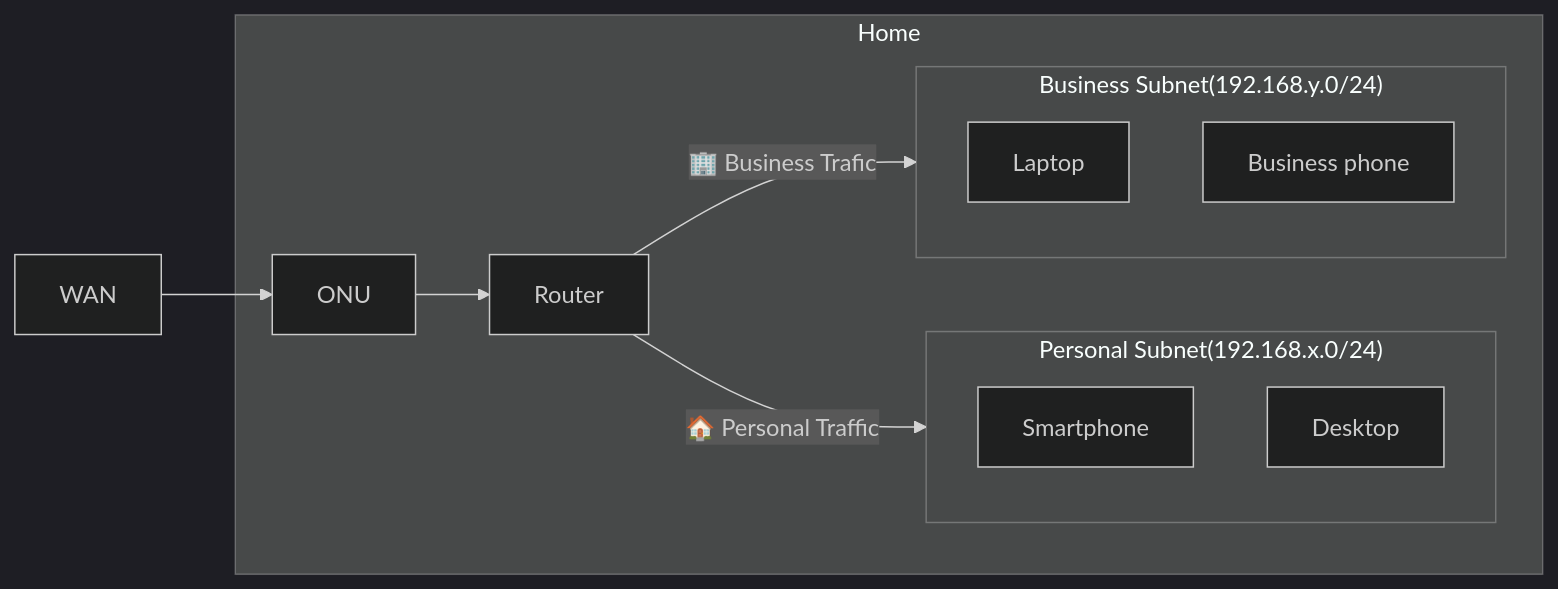
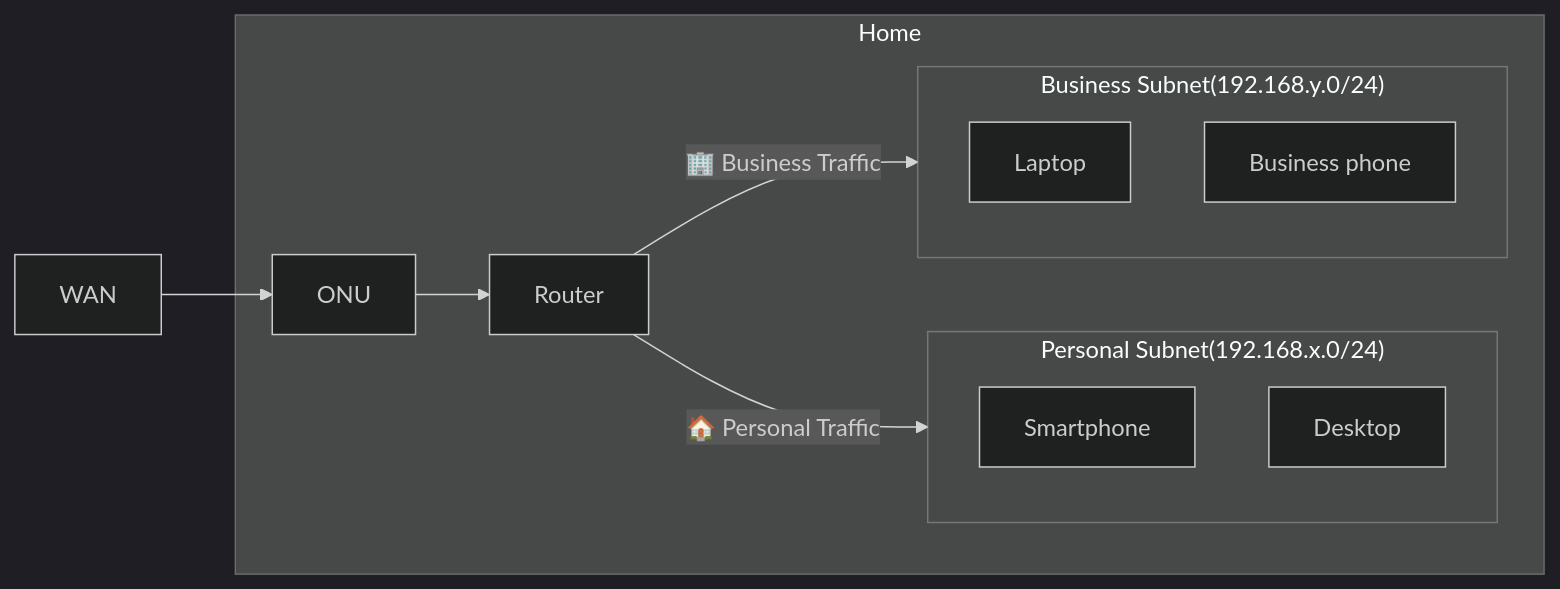
The first of 3 diagrams in docs/networks/index.md (corrupt952/home), drawn with Mermaid (dark theme) before and after one commit. The commit also changed other lines of this file and 3 other files, not shown here.

````diff
--- a/docs/networks/index.md
+++ b/docs/networks/index.md
@@ -7,26 +7,26 @@
 ```mermaid
 graph LR
 
 %% Definitions
 WAN
 subgraph Home
     ONU
     Router
     subgraph Personal["Personal Subnet(192.168.x.0/24)"]
         Smartphone
         Desktop
     end
     subgraph Business["Business Subnet(192.168.y.0/24)"]
         Laptop
         BSmartphone["Business phone"]
     end
 end
 
 %% Relations
 WAN --> ONU
 ONU --> Router
 %% Personal
 Router -->|"🏠 Personal Traffic"| Personal
 %% Business
-Router -->|"🏢 Business Trafic"| Business
+Router -->|"🏢 Business Traffic"| Business
 ```
````
